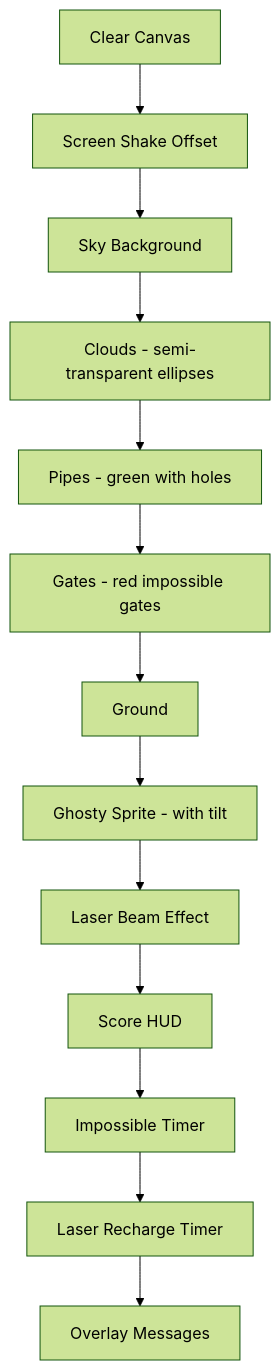
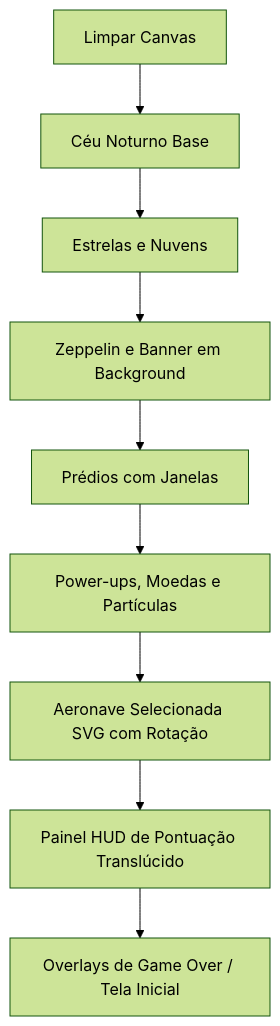
The fourth of 6 diagrams in README.md (camialmeidas/camikaze-flappy-game), drawn with Mermaid (forest theme) before and after one commit. The commit also changed other lines of this file and 2 other files, not shown here.

````diff
--- a/README.md
+++ b/README.md
@@ -112,15 +119,11 @@
 ```mermaid
 flowchart TD
-    A[Clear Canvas] --> B[Screen Shake Offset]
-    B --> C[Sky Background]
-    C --> D[Clouds - semi-transparent ellipses]
-    D --> E[Pipes - green with holes]
-    E --> F[Gates - red impossible gates]
-    F --> G[Ground]
-    G --> H[Ghosty Sprite - with tilt]
-    H --> I[Laser Beam Effect]
-    I --> J[Score HUD]
-    J --> K[Impossible Timer]
-    K --> L[Laser Recharge Timer]
-    L --> M[Overlay Messages]
+    A["Limpar Canvas"] --> B["Céu Noturno Base"]
+    B --> C["Estrelas e Nuvens"]
+    C --> D["Zeppelin e Banner em Background"]
+    D --> E["Prédios com Janelas"]
+    E --> F["Power-ups, Moedas e Partículas"]
+    F --> G["Aeronave Selecionada SVG com Rotação"]
+    G --> H["Painel HUD de Pontuação Translúcido"]
+    H --> I["Overlays de Game Over / Tela Inicial"]
 ```
````
